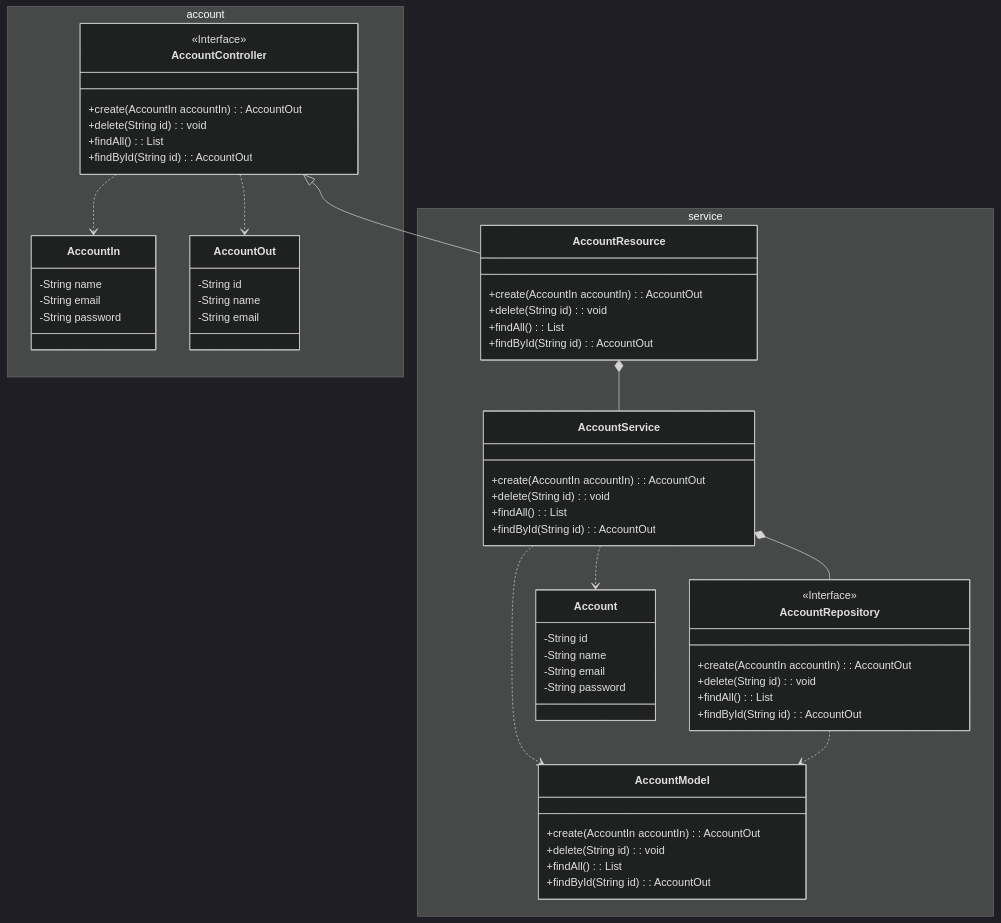
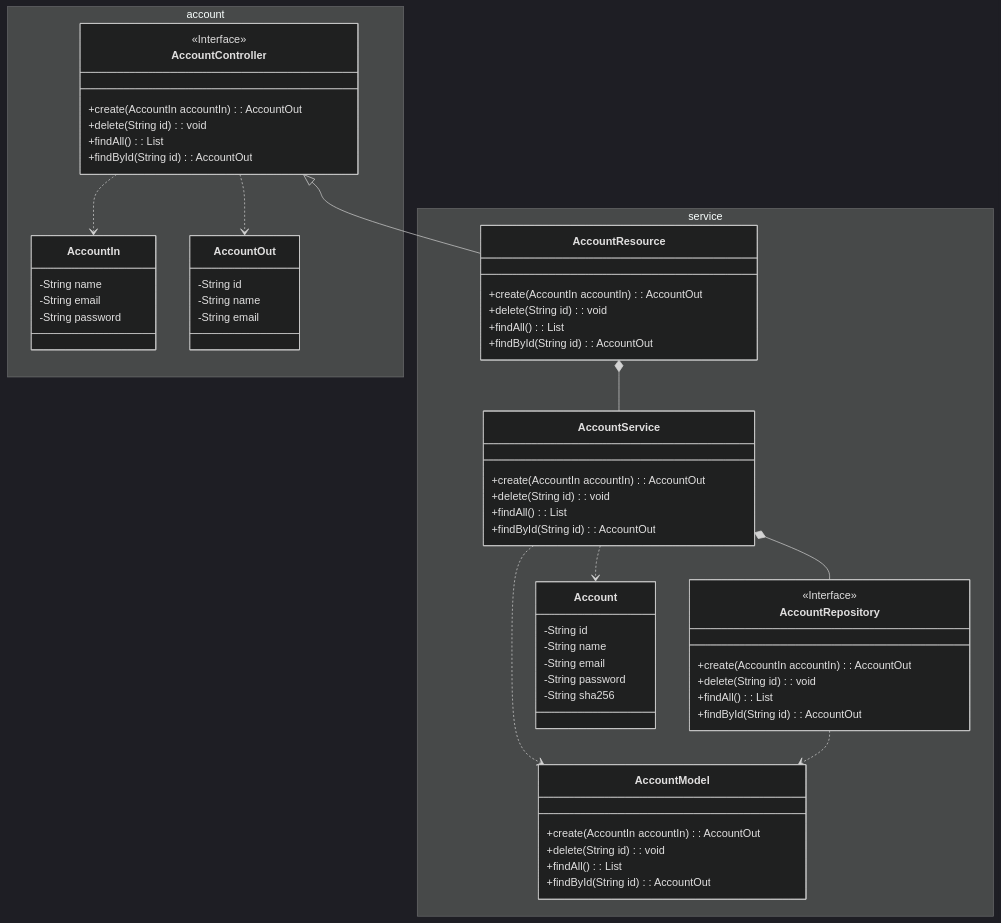
One commit to hsandmann/spring changed the diagram in docs/account.md. Above: the diagram before and after it, drawn with Mermaid (dark theme). The commit also changed 8 other files, not shown here.

````diff
--- a/docs/account.md
+++ b/docs/account.md
@@ -7,64 +7,65 @@
 ``` mermaid
 classDiagram
     namespace account {
         class AccountController {
             +create(AccountIn accountIn): AccountOut
             +delete(String id): void
             +findAll(): List<AccountOut>
             +findById(String id): AccountOut
         }
         class AccountIn {
             -String name
             -String email
             -String password
         }
         class AccountOut {
             -String id
             -String name
             -String email
         }
     }
     namespace service {
         class AccountResource {
             +create(AccountIn accountIn): AccountOut
             +delete(String id): void
             +findAll(): List<AccountOut>
             +findById(String id): AccountOut
         }
         class AccountService {
             +create(AccountIn accountIn): AccountOut
             +delete(String id): void
             +findAll(): List<AccountOut>
             +findById(String id): AccountOut
         }
         class AccountRepository {
             +create(AccountIn accountIn): AccountOut
             +delete(String id): void
             +findAll(): List<AccountOut>
             +findById(String id): AccountOut
         }
         class Account {
             -String id
             -String name
             -String email
             -String password
+            -String sha256
         }
         class AccountModel {
             +create(AccountIn accountIn): AccountOut
             +delete(String id): void
             +findAll(): List<AccountOut>
             +findById(String id): AccountOut
         }
     }
     <<Interface>> AccountController
     AccountController ..> AccountIn
     AccountController ..> AccountOut
 
     <<Interface>> AccountRepository
     AccountController <|-- AccountResource
     AccountResource *-- AccountService
     AccountService *-- AccountRepository
     AccountService ..> Account
     AccountService ..> AccountModel
     AccountRepository ..> AccountModel
 ```
````
